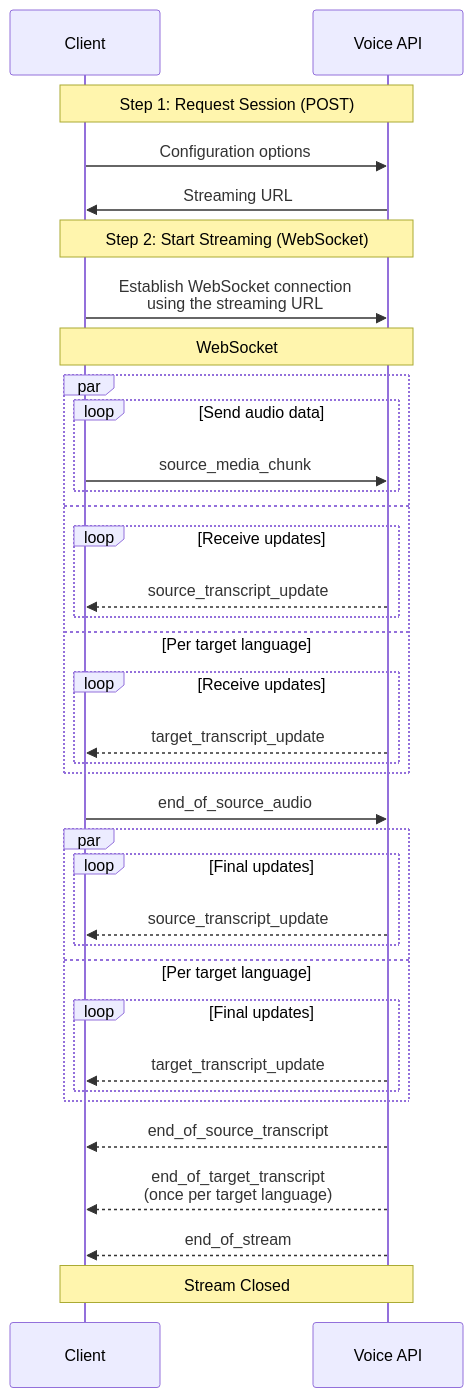
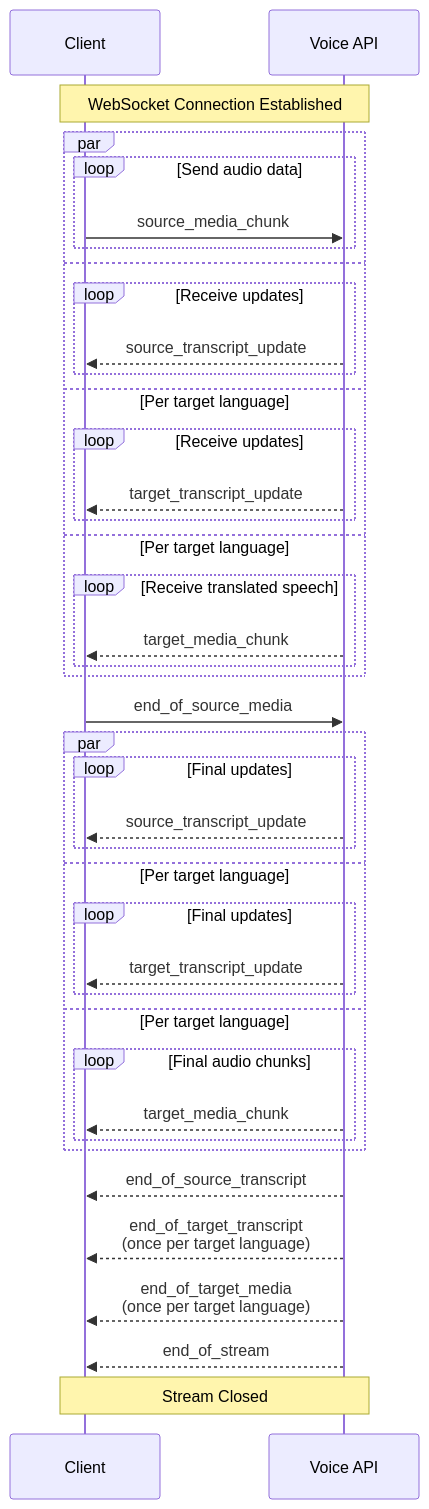
Before and after one commit to DeepLcom/api-docs: the second of 2 diagrams in api-reference/voice.mdx, drawn with Mermaid. The commit also changed other lines of this file and 3 other files, not shown here.

````diff
--- a/api-reference/voice.mdx
+++ b/api-reference/voice.mdx
@@ -166,50 +219,51 @@
 ```mermaid
 sequenceDiagram
     participant Client
     participant Voice API
 
-    Note over Client,Voice API: Step 1: Request Session (POST)
-
-    Client->>Voice API: Configuration options
-    Voice API->>Client: Streaming URL
-
-    Note over Client,Voice API: Step 2: Start Streaming (WebSocket)
-
-    Client->>Voice API: Establish WebSocket connection<br/>using the streaming URL
-
-    Note over Client,Voice API: WebSocket
+    Note over Client,Voice API: WebSocket Connection Established
 
     par
       loop Send audio data
         Client->>Voice API: source_media_chunk
       end
     and
       loop Receive updates
         Voice API-->>Client: source_transcript_update
       end
     and Per target language
       loop Receive updates
         Voice API-->>Client: target_transcript_update
       end
+    and Per target language
+      loop Receive translated speech
+        Voice API-->>Client: target_media_chunk
+      end
     end
 
-    Client->>Voice API: end_of_source_audio
+    Client->>Voice API: end_of_source_media
 
     par
       loop Final updates
         Voice API-->>Client: source_transcript_update
       end
     and Per target language
       loop Final updates
         Voice API-->>Client: target_transcript_update
       end
+    and Per target language
+      loop Final audio chunks
+        Voice API-->>Client: target_media_chunk
+      end
     end
 
     Voice API-->>Client: end_of_source_transcript
 
     Voice API-->>Client: end_of_target_transcript<br/>(once per target language)
 
+    Voice API-->>Client: end_of_target_media<br/>(once per target language)
+
     Voice API-->>Client: end_of_stream
 
     Note over Client,Voice API: Stream Closed
 ```
````
